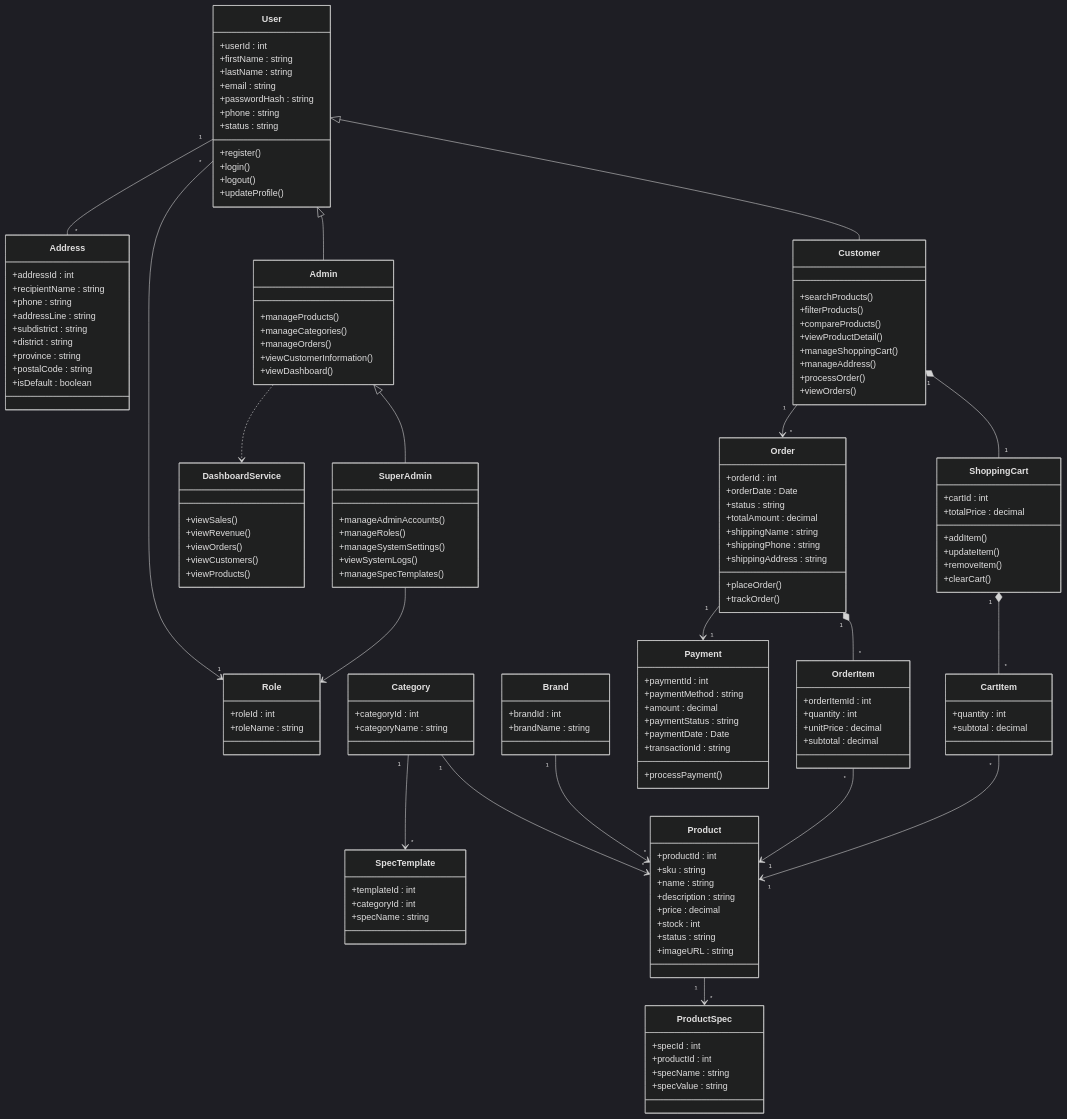
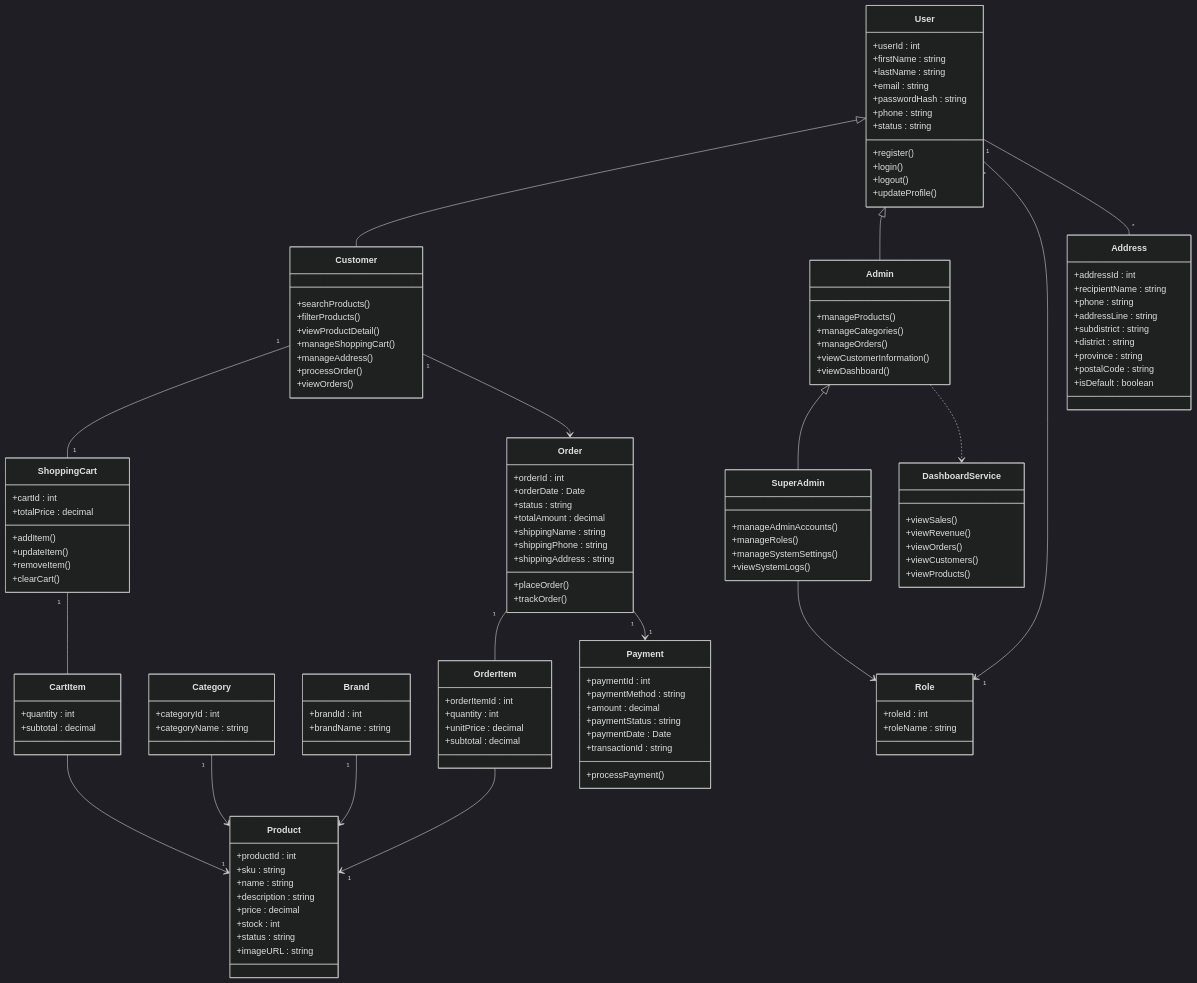
The diagram in README.md (rachapoomthu-max/WorkShop), drawn with Mermaid (dark theme) before and after one commit. The commit also changed other lines of this file, not shown here.

Commit message:
Update README to reflect feature changes and testing details
Removed warranty and claim tracking features from user and admin sections. Added details about manual testing and clarified expected outcomes.

````diff
--- a/README.md
+++ b/README.md
@@ -109,10 +110,5 @@
 ``` mermaid
 classDiagram
-
-%% =====================================================
-%% USER MANAGEMENT
-%% =====================================================
-
 class User{
 +userId : int
 +firstName : string
@@ -121,24 +117,20 @@
 +passwordHash : string
 +phone : string
 +status : string
-
 +register()
 +login()
 +logout()
 +updateProfile()
 }
-
 class Customer{
 +searchProducts()
 +filterProducts()
-+compareProducts()
 +viewProductDetail()
 +manageShoppingCart()
 +manageAddress()
 +processOrder()
 +viewOrders()
 }
-
 class Admin{
 +manageProducts()
 +manageCategories()
@@ -146,34 +138,20 @@
 +viewCustomerInformation()
 +viewDashboard()
 }
-
 class SuperAdmin{
 +manageAdminAccounts()
 +manageRoles()
 +manageSystemSettings()
 +viewSystemLogs()
-+manageSpecTemplates()
 }
-
 User <|-- Customer
 User <|-- Admin
 Admin <|-- SuperAdmin
-
-%% =====================================================
-%% ROLE
-%% =====================================================
-
 class Role{
 +roleId : int
 +roleName : string
 }
-
 User "*" --> "1" Role
-
-%% =====================================================
-%% ADDRESS
-%% =====================================================
-
 class Address{
 +addressId : int
 +recipientName : string
@@ -185,13 +163,7 @@
 +postalCode : string
 +isDefault : boolean
 }
-
 User "1" -- "*" Address
-
-%% =====================================================
-%% PRODUCT
-%% =====================================================
-
 class Product{
 +productId : int
 +sku : string
@@ -202,50 +174,16 @@
 +status : string
 +imageURL : string
 }
-
 class Category{
 +categoryId : int
 +categoryName : string
 }
-
 class Brand{
 +brandId : int
 +brandName : string
 }
-
-Category "1" --> "*" Product
-Brand "1" --> "*" Product
-
-%% =====================================================
-%% SPEC TEMPLATE (SuperAdmin กำหนดล่วงหน้าต่อ Category)
-%% =====================================================
-
-class SpecTemplate{
-+templateId : int
-+categoryId : int
-+specName : string
-}
-
-Category "1" --> "*" SpecTemplate
-
-%% =====================================================
-%% PRODUCT SPEC (รองรับ Compare Products - Dynamic Spec
-%% ค่า specName เลือกมาจาก SpecTemplate ของ Category สินค้านั้น)
-%% =====================================================
-
-class ProductSpec{
-+specId : int
-+productId : int
-+specName : string
-+specValue : string
-}
-
-Product "1" --> "*" ProductSpec
-
-%% =====================================================
-%% SHOPPING CART
-%% =====================================================
-
+Category "1" --> "" Product
+Brand "1" --> "" Product
 class ShoppingCart{
 +cartId : int
 +totalPrice : decimal
@@ -254,20 +192,13 @@
 +removeItem()
 +clearCart()
 }
-
 class CartItem{
 +quantity : int
 +subtotal : decimal
 }
-
-Customer "1" *-- "1" ShoppingCart
-ShoppingCart "1" *-- "*" CartItem
-CartItem "*" --> "1" Product
-
-%% =====================================================
-%% ORDER
-%% =====================================================
-
+Customer "1" -- "1" ShoppingCart
+ShoppingCart "1" -- "" CartItem
+CartItem "" --> "1" Product
 class Order{
 +orderId : int
 +orderDate : Date
@@ -279,22 +210,15 @@
 +placeOrder()
 +trackOrder()
 }
-
 class OrderItem{
 +orderItemId : int
 +quantity : int
 +unitPrice : decimal
 +subtotal : decimal
 }
-
-Customer "1" --> "*" Order
-Order "1" *-- "*" OrderItem
-OrderItem "*" --> "1" Product
-
-%% =====================================================
-%% PAYMENT
-%% =====================================================
-
+Customer "1" --> "" Order
+Order "1" -- "" OrderItem
+OrderItem "" --> "1" Product
 class Payment{
 +paymentId : int
 +paymentMethod : string
@@ -304,13 +228,7 @@
 +transactionId : string
 +processPayment()
 }
-
 Order "1" --> "1" Payment
-
-%% =====================================================
-%% DASHBOARD
-%% =====================================================
-
 class DashboardService{
 +viewSales()
 +viewRevenue()
@@ -318,8 +236,6 @@
 +viewCustomers()
 +viewProducts()
 }
-
 Admin ..> DashboardService
-
 SuperAdmin --> Role
 ```
````
